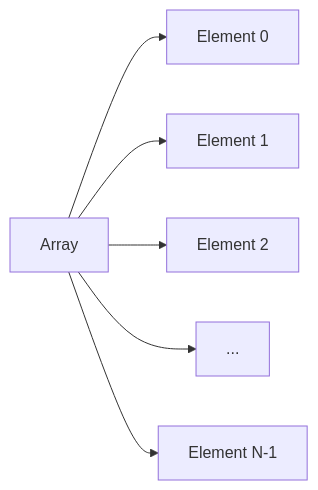
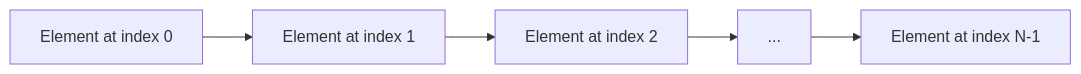
The diagram in README.md (DanielCreggOrganization/w6-lab-arrays-OisinDeegan), drawn with Mermaid before and after one commit. The commit also changed other lines of this file, not shown here.

````diff
--- a/README.md
+++ b/README.md
@@ -15,8 +15,8 @@
 ```mermaid
 graph LR
-A[Array] --> B[Element 0]
-A --> C[Element 1]
-A --> D[Element 2]
-A --> E[...]
-A --> F[Element N-1]
+B[Element at index 0]
+B --> C[Element at index 1]
+C --> D[Element at index 2]
+D --> E[...]
+E --> F[Element at index N-1]
 ```
````
